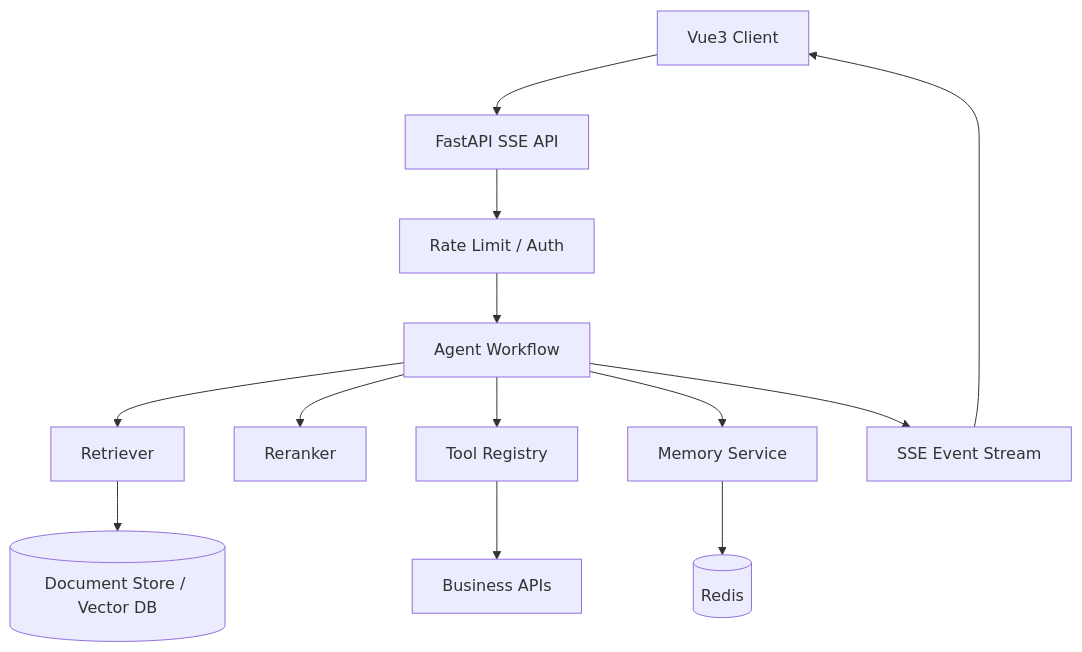
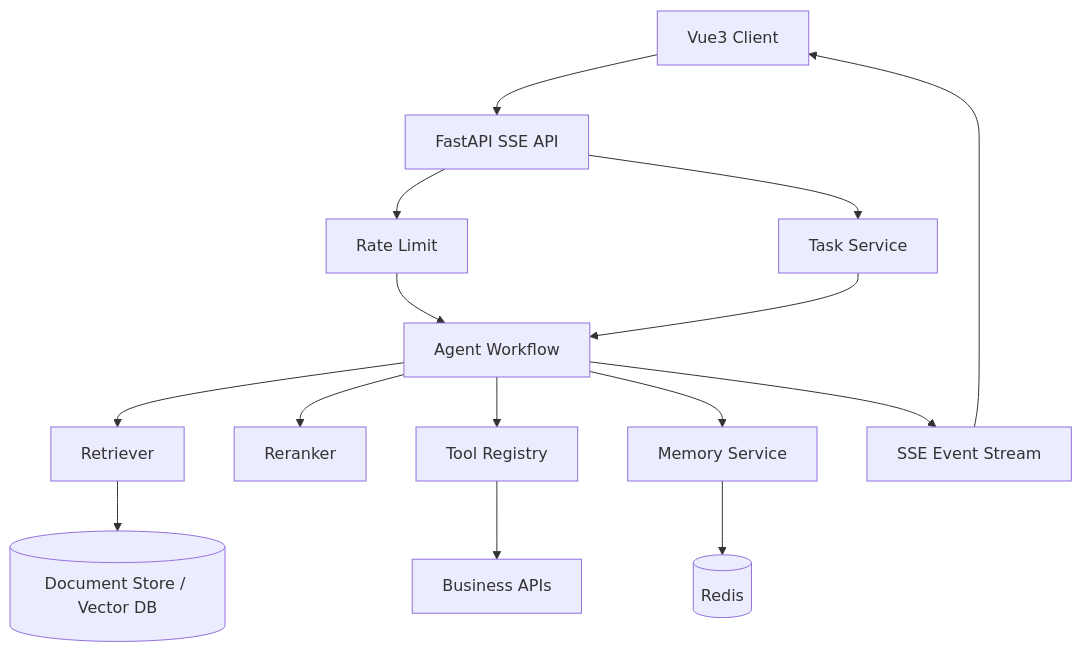
Before and after one commit to my420254/Agentic-RAG-Platform: the first of 2 diagrams in README.md, drawn with Mermaid. The commit also changed other lines of this file and 23 other files, not shown here.

````diff
--- a/README.md
+++ b/README.md
@@ -68,15 +70,17 @@
 ```mermaid
 flowchart TB
     U[Vue3 Client] --> API[FastAPI SSE API]
-    API --> LIM[Rate Limit / Auth]
+    API --> LIM[Rate Limit]
+    API --> TS[Task Service]
     LIM --> WF[Agent Workflow]
+    TS --> WF
     WF --> R[Retriever]
     WF --> RR[Reranker]
     WF --> T[Tool Registry]
     WF --> M[Memory Service]
     M --> Redis[(Redis)]
     R --> KB[(Document Store / Vector DB)]
     T --> EXT[Business APIs]
     WF --> SSE[SSE Event Stream]
     SSE --> U
 ```
````
